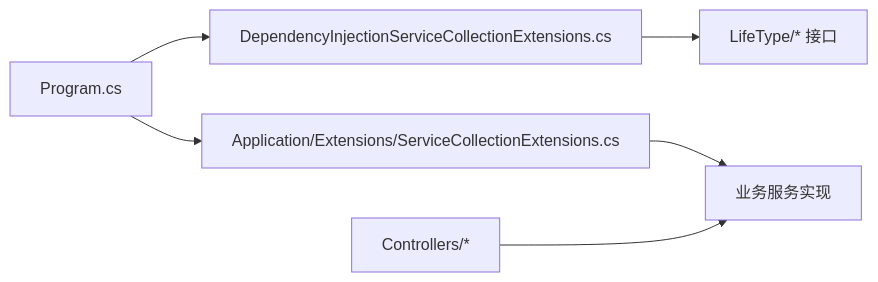
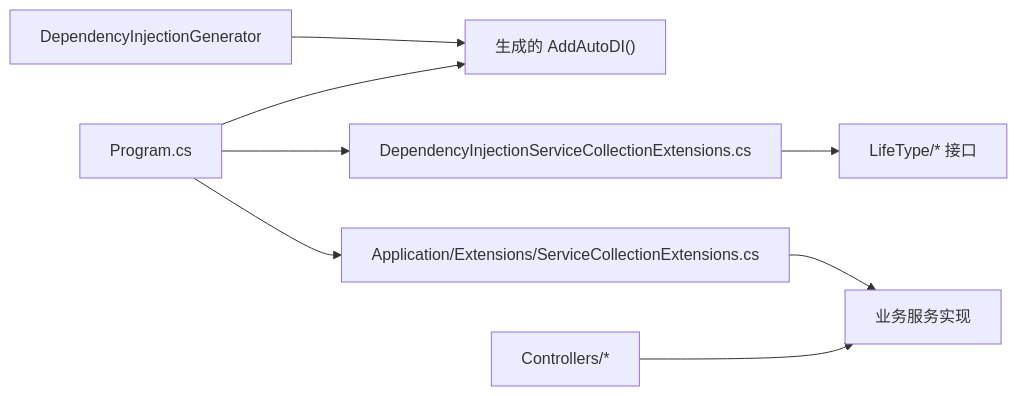
Before and after one commit to alivy/AutoCode: the eighth of 8 diagrams in .qoder/repowiki/zh/content/核心概念/依赖注入集成.md, drawn with Mermaid. The commit also changed other lines of this file and 152 other files, not shown here.

````diff
--- a/.qoder/repowiki/zh/content/核心概念/依赖注入集成.md
+++ b/.qoder/repowiki/zh/content/核心概念/依赖注入集成.md
@@ -259,8 +307,10 @@
 ```mermaid
 graph LR
-Program["Program.cs"] --> DIExt["DependencyInjectionServiceCollectionExtensions.cs"]
+Program["Program.cs"] --> Generated["生成的 AddAutoDI()"]
+Program --> DIExt["DependencyInjectionServiceCollectionExtensions.cs"]
 Program --> AppExt["Application/Extensions/ServiceCollectionExtensions.cs"]
 DIExt --> LifeTypes["LifeType/* 接口"]
 AppExt --> Services["业务服务实现"]
 Controllers["Controllers/*"] --> Services
+Gen["DependencyInjectionGenerator"] --> Generated
 ```
````
